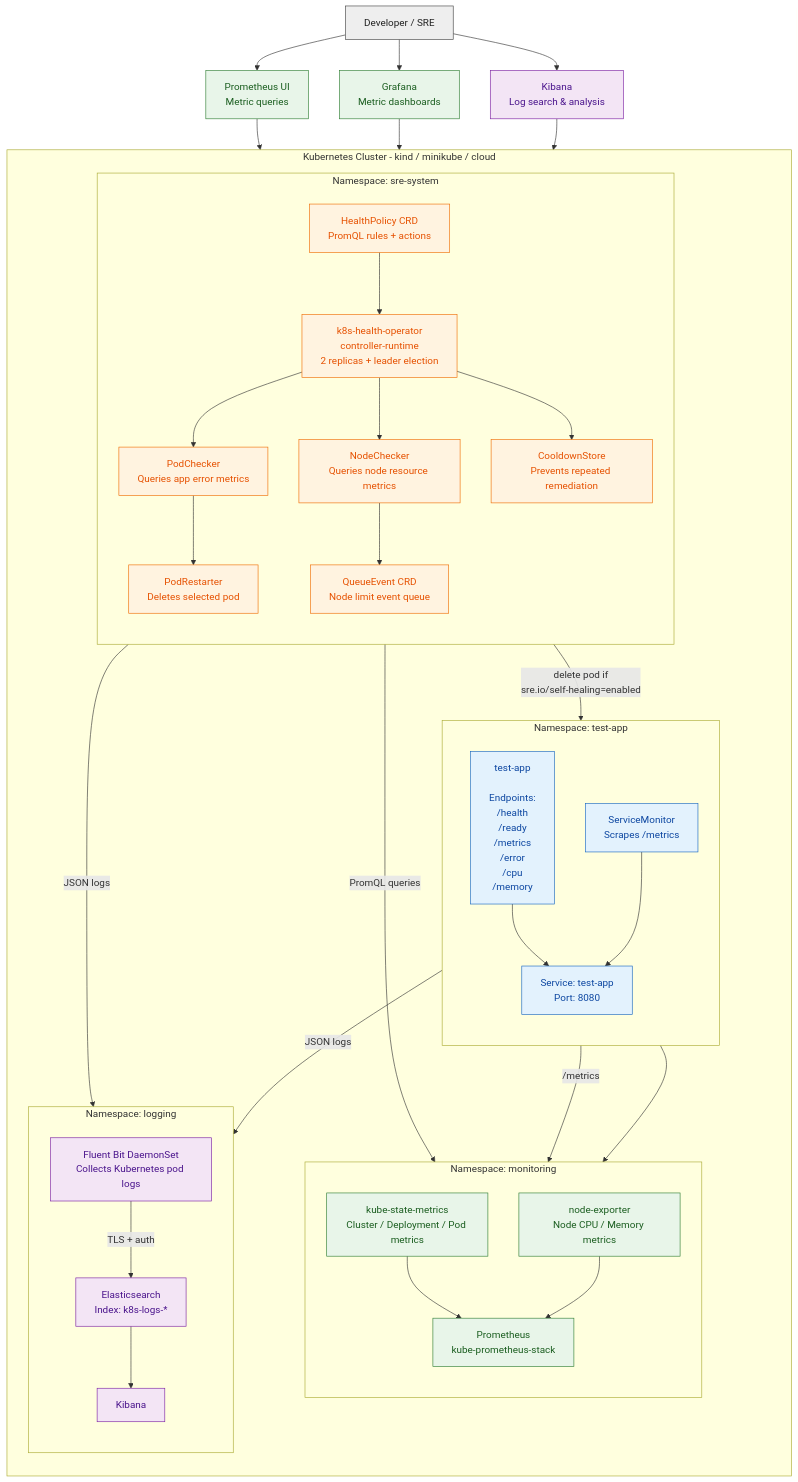
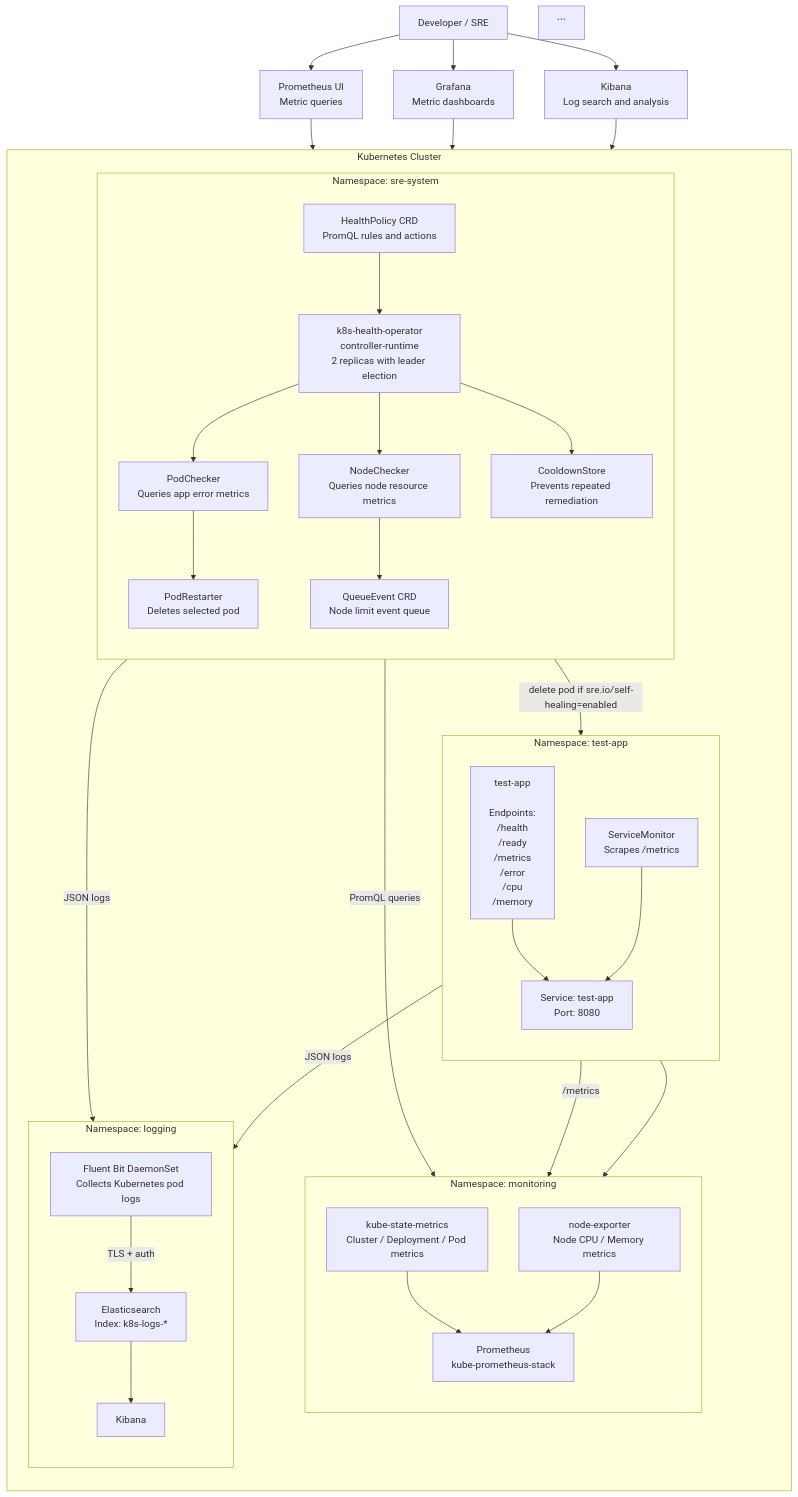
One commit to Emrgyk25/k8s-health-operator changed the diagram in docs/diagram.mmd. Above: the diagram before and after it, drawn with Mermaid.

Commit message:
diagram fix

````diff
--- a/docs/diagram.mmd
+++ b/docs/diagram.mmd
@@ -1,115 +1,81 @@
-```mermaid
 flowchart TB
-    %% =========================
-    %% Users / Interfaces
-    %% =========================
-    User["Developer / SRE"]
+User["Developer / SRE"]
 
-    PromUI["Prometheus UI<br/>Metric queries"]
-    Grafana["Grafana<br/>Metric dashboards"]
-    Kibana["Kibana<br/>Log search & analysis"]
+```
+PromUI["Prometheus UI<br/>Metric queries"]
+Grafana["Grafana<br/>Metric dashboards"]
+Kibana["Kibana<br/>Log search and analysis"]
 
-    %% =========================
-    %% Kubernetes Cluster
-    %% =========================
-    subgraph K8S["Kubernetes Cluster - kind / minikube / cloud"]
+subgraph K8S["Kubernetes Cluster"]
+    direction TB
+
+    subgraph TESTNS["Namespace: test-app"]
         direction TB
 
-        %% Namespaces
-        subgraph TESTNS["Namespace: test-app"]
-            direction TB
+        TestApp["test-app<br/><br/>Endpoints:<br/>/health<br/>/ready<br/>/metrics<br/>/error<br/>/cpu<br/>/memory"]
+        TestSvc["Service: test-app<br/>Port: 8080"]
+        ServiceMonitor["ServiceMonitor<br/>Scrapes /metrics"]
 
-            TestApp["test-app<br/><br/>Endpoints:<br/>/health<br/>/ready<br/>/metrics<br/>/error<br/>/cpu<br/>/memory"]
-
-            TestSvc["Service: test-app<br/>Port: 8080"]
-
-            ServiceMonitor["ServiceMonitor<br/>Scrapes /metrics"]
-
-            TestApp --> TestSvc
-            ServiceMonitor --> TestSvc
-        end
-
-        subgraph MONNS["Namespace: monitoring"]
-            direction TB
-
-            Prometheus["Prometheus<br/>kube-prometheus-stack"]
-            KubeStateMetrics["kube-state-metrics<br/>Cluster / Deployment / Pod metrics"]
-            NodeExporter["node-exporter<br/>Node CPU / Memory metrics"]
-        end
-
-        subgraph SRENS["Namespace: sre-system"]
-            direction TB
-
-            HealthPolicy["HealthPolicy CRD<br/>PromQL rules + actions"]
-
-            Operator["k8s-health-operator<br/>controller-runtime<br/>2 replicas + leader election"]
-
-            PodChecker["PodChecker<br/>Queries app error metrics"]
-
-            NodeChecker["NodeChecker<br/>Queries node resource metrics"]
-
-            PodRestarter["PodRestarter<br/>Deletes selected pod"]
-
-            QueueEvent["QueueEvent CRD<br/>Node limit event queue"]
-
-            Cooldown["CooldownStore<br/>Prevents repeated remediation"]
-
-            HealthPolicy --> Operator
-            Operator --> PodChecker
-            Operator --> NodeChecker
-            Operator --> Cooldown
-            PodChecker --> PodRestarter
-            NodeChecker --> QueueEvent
-        end
-
-        subgraph LOGNS["Namespace: logging"]
-            direction TB
-
-            FluentBit["Fluent Bit DaemonSet<br/>Collects Kubernetes pod logs"]
-
-            Elasticsearch["Elasticsearch<br/>Index: k8s-logs-*"]
-
-            KibanaSvc["Kibana"]
-        end
-
-        %% Runtime actions
-        PodRestarter -->|"delete pod if<br/>sre.io/self-healing=enabled"| TestApp
-
-        %% Metrics flow
-        TestSvc -->|"/metrics"| Prometheus
-        ServiceMonitor --> Prometheus
-        KubeStateMetrics --> Prometheus
-        NodeExporter --> Prometheus
-
-        %% Operator query flow
-        Operator -->|"PromQL queries"| Prometheus
-
-        %% Logging flow
-        TestApp -->|"JSON logs"| FluentBit
-        Operator -->|"JSON logs"| FluentBit
-        FluentBit -->|"TLS + auth"| Elasticsearch
-        Elasticsearch --> KibanaSvc
+        TestApp --> TestSvc
+        ServiceMonitor --> TestSvc
     end
 
-    %% UI access
-    User --> PromUI
-    User --> Grafana
-    User --> Kibana
+    subgraph MONNS["Namespace: monitoring"]
+        direction TB
 
-    PromUI --> Prometheus
-    Grafana --> Prometheus
-    Kibana --> KibanaSvc
+        Prometheus["Prometheus<br/>kube-prometheus-stack"]
+        KubeStateMetrics["kube-state-metrics<br/>Cluster / Deployment / Pod metrics"]
+        NodeExporter["node-exporter<br/>Node CPU / Memory metrics"]
+    end
 
-    %% Styling
-    classDef app fill:#e3f2fd,stroke:#1565c0,stroke-width:1px,color:#0d47a1;
-    classDef monitoring fill:#e8f5e9,stroke:#2e7d32,stroke-width:1px,color:#1b5e20;
-    classDef operator fill:#fff3e0,stroke:#ef6c00,stroke-width:1px,color:#e65100;
-    classDef logging fill:#f3e5f5,stroke:#7b1fa2,stroke-width:1px,color:#4a148c;
-    classDef ui fill:#eeeeee,stroke:#424242,stroke-width:1px,color:#212121;
+    subgraph SRENS["Namespace: sre-system"]
+        direction TB
 
-    class TestApp,TestSvc,ServiceMonitor app;
-    class Prometheus,KubeStateMetrics,NodeExporter,Grafana,PromUI monitoring;
-    class HealthPolicy,Operator,PodChecker,NodeChecker,PodRestarter,QueueEvent,Cooldown operator;
-    class FluentBit,Elasticsearch,KibanaSvc,Kibana logging;
-    class User ui;
+        HealthPolicy["HealthPolicy CRD<br/>PromQL rules and actions"]
+        Operator["k8s-health-operator<br/>controller-runtime<br/>2 replicas with leader election"]
+
+        PodChecker["PodChecker<br/>Queries app error metrics"]
+        NodeChecker["NodeChecker<br/>Queries node resource metrics"]
+        PodRestarter["PodRestarter<br/>Deletes selected pod"]
+        QueueEvent["QueueEvent CRD<br/>Node limit event queue"]
+        Cooldown["CooldownStore<br/>Prevents repeated remediation"]
+
+        HealthPolicy --> Operator
+        Operator --> PodChecker
+        Operator --> NodeChecker
+        Operator --> Cooldown
+        PodChecker --> PodRestarter
+        NodeChecker --> QueueEvent
+    end
+
+    subgraph LOGNS["Namespace: logging"]
+        direction TB
+
+        FluentBit["Fluent Bit DaemonSet<br/>Collects Kubernetes pod logs"]
+        Elasticsearch["Elasticsearch<br/>Index: k8s-logs-*"]
+        KibanaSvc["Kibana"]
+    end
+
+    PodRestarter -->|"delete pod if sre.io/self-healing=enabled"| TestApp
+
+    TestSvc -->|"/metrics"| Prometheus
+    ServiceMonitor --> Prometheus
+    KubeStateMetrics --> Prometheus
+    NodeExporter --> Prometheus
+
+    Operator -->|"PromQL queries"| Prometheus
+
+    TestApp -->|"JSON logs"| FluentBit
+    Operator -->|"JSON logs"| FluentBit
+    FluentBit -->|"TLS + auth"| Elasticsearch
+    Elasticsearch --> KibanaSvc
+end
+
+User --> PromUI
+User --> Grafana
+User --> Kibana
+
+PromUI --> Prometheus
+Grafana --> Prometheus
+Kibana --> KibanaSvc
 ```
````
